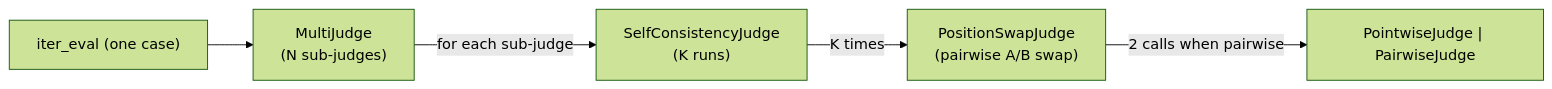
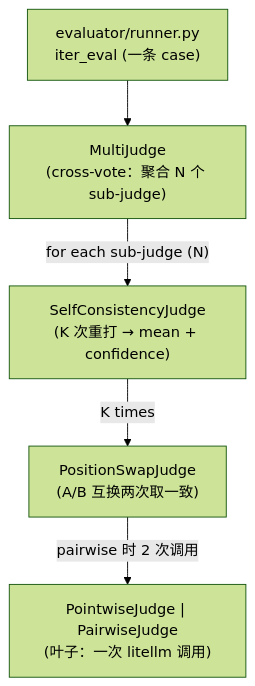
One commit to AndyUneducated/eval-gate changed the first of 2 diagrams in docs/PHASE_6_PLAN.md. Above: the diagram before and after it, drawn with Mermaid (forest theme). The commit also changed other lines of this file and 16 other files, not shown here.

First line of the commit message:
docs: add diagrams and tech-selection rationale to README and phase plans

````diff
--- a/docs/PHASE_6_PLAN.md
+++ b/docs/PHASE_6_PLAN.md
@@ -32,13 +21,13 @@
 ```mermaid
-flowchart LR
-  Runner["iter_eval (one case)"]
-  Multi["MultiJudge<br/>(N sub-judges)"]
-  SC["SelfConsistencyJudge<br/>(K runs)"]
-  Swap["PositionSwapJudge<br/>(pairwise A/B swap)"]
-  Base["PointwiseJudge | PairwiseJudge"]
+flowchart TB
+  Runner["evaluator/runner.py<br/>iter_eval (一条 case)"]
+  Multi["MultiJudge<br/>(cross-vote：聚合 N 个 sub-judge)"]
+  SC["SelfConsistencyJudge<br/>(K 次重打 → mean + confidence)"]
+  Swap["PositionSwapJudge<br/>(A/B 互换两次取一致)"]
+  Leaf["PointwiseJudge | PairwiseJudge<br/>(叶子：一次 litellm 调用)"]
 
   Runner --> Multi
-  Multi -->|"for each sub-judge"| SC
+  Multi -->|"for each sub-judge (N)"| SC
   SC -->|"K times"| Swap
-  Swap -->|"2 calls when pairwise"| Base
+  Swap -->|"pairwise 时 2 次调用"| Leaf
 ```
````
